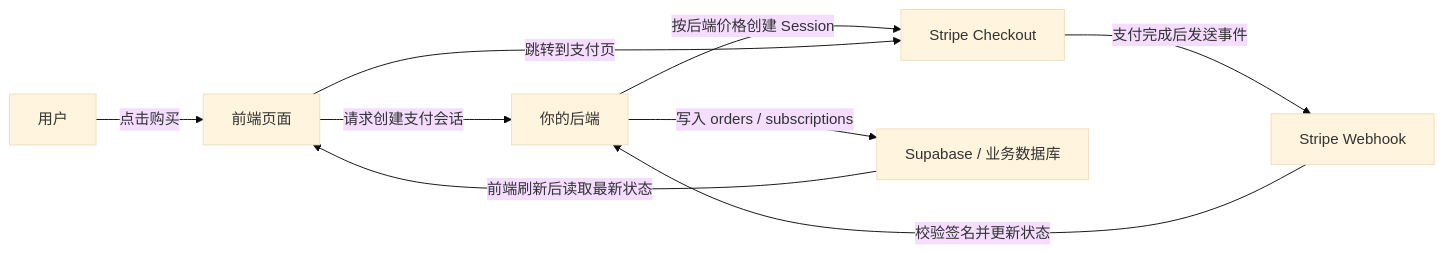
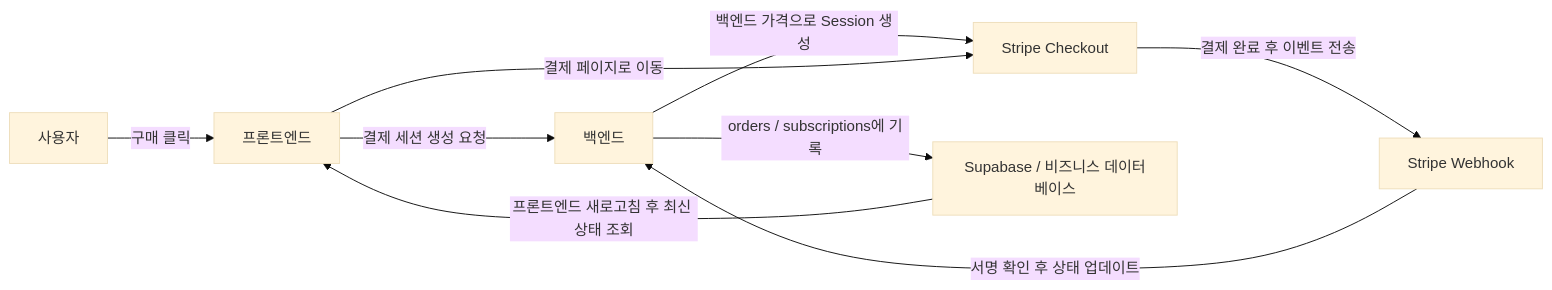
Before and after one commit to sketchymonk/easy-vibe: the first of 6 diagrams in docs/ko-kr/stage-2/backend/stripe-payment/index.md, drawn with Mermaid (base theme). The commit also changed other lines of this file and 59 other files, not shown here.

````diff
--- a/docs/ko-kr/stage-2/backend/stripe-payment/index.md
+++ b/docs/ko-kr/stage-2/backend/stripe-payment/index.md
@@ -87,18 +87,18 @@
 ```mermaid
 flowchart LR
-  user["用户"]
-  frontend["前端页面"]
-  backend["你的后端"]
+  user["사용자"]
+  frontend["프론트엔드"]
+  backend["백엔드"]
   checkout["Stripe Checkout"]
   webhook["Stripe Webhook"]
-  db["Supabase / 业务数据库"]
+  db["Supabase / 비즈니스 데이터베이스"]
 
-  user -->|"点击购买"| frontend
-  frontend -->|"请求创建支付会话"| backend
-  backend -->|"按后端价格创建 Session"| checkout
-  frontend -->|"跳转到支付页"| checkout
-  checkout -->|"支付完成后发送事件"| webhook
-  webhook -->|"校验签名并更新状态"| backend
-  backend -->|"写入 orders / subscriptions"| db
-  db -->|"前端刷新后读取最新状态"| frontend
+  user -->|"구매 클릭"| frontend
+  frontend -->|"결제 세션 생성 요청"| backend
+  backend -->|"백엔드 가격으로 Session 생성"| checkout
+  frontend -->|"결제 페이지로 이동"| checkout
+  checkout -->|"결제 완료 후 이벤트 전송"| webhook
+  webhook -->|"서명 확인 후 상태 업데이트"| backend
+  backend -->|"orders / subscriptions에 기록"| db
+  db -->|"프론트엔드 새로고침 후 최신 상태 조회"| frontend
 ```
````
